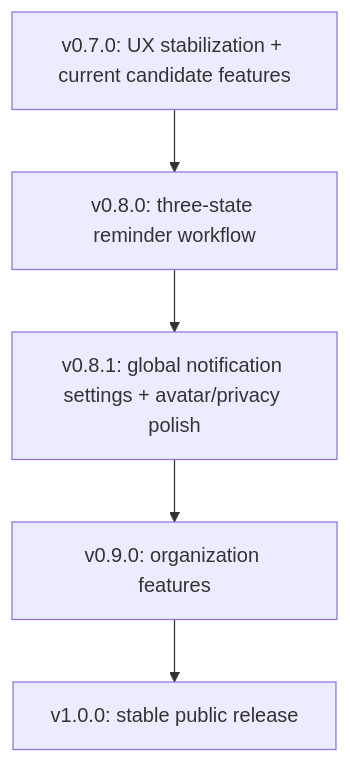
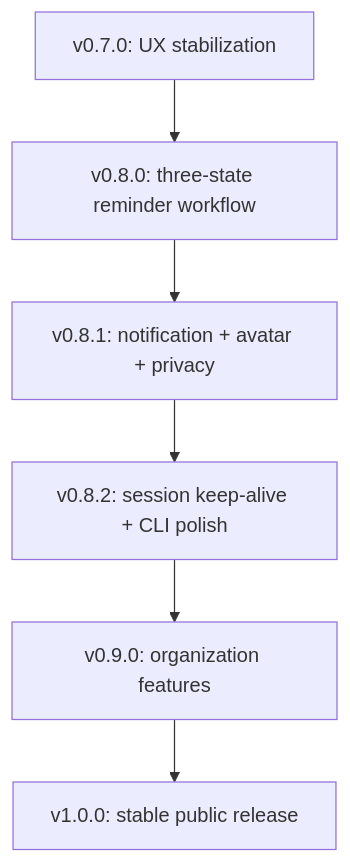
One commit to xiaolinstar/ai-todo changed the diagram in docs/releases/v0.7.0-v0.8.1-ux-iteration-plan.md. Above: the diagram before and after it, drawn with Mermaid. The commit also changed other lines of this file and 15 other files, not shown here.

````diff
--- a/docs/releases/v0.7.0-v0.8.1-ux-iteration-plan.md
+++ b/docs/releases/v0.7.0-v0.8.1-ux-iteration-plan.md
@@ -266,7 +281,8 @@
 ```mermaid
 flowchart TD
-  A["v0.7.0: UX stabilization + current candidate features"] --> B["v0.8.0: three-state reminder workflow"]
-  B --> C["v0.8.1: global notification settings + avatar/privacy polish"]
-  C --> D["v0.9.0: organization features"]
+  A["v0.7.0: UX stabilization"] --> B["v0.8.0: three-state reminder workflow"]
+  B --> C["v0.8.1: notification + avatar + privacy"]
+  C --> C2["v0.8.2: session keep-alive + CLI polish"]
+  C2 --> D["v0.9.0: organization features"]
   D --> E["v1.0.0: stable public release"]
 ```
````
